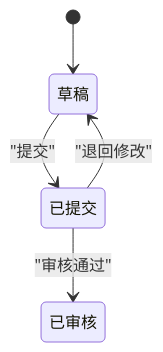
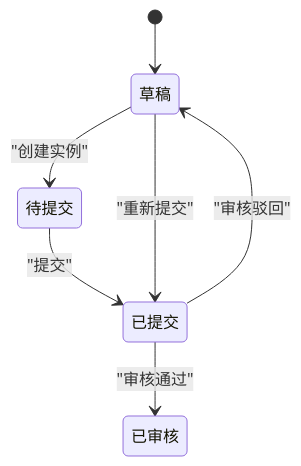
The fifth of 8 diagrams in .qoder/repowiki/zh/content/核心业务逻辑/表单提交流程设计.md (NJMrLi/genetics), drawn with Mermaid before and after one commit. The commit also changed other lines of this file and 19 other files, not shown here.

````diff
--- a/.qoder/repowiki/zh/content/核心业务逻辑/表单提交流程设计.md
+++ b/.qoder/repowiki/zh/content/核心业务逻辑/表单提交流程设计.md
@@ -206,7 +285,9 @@
 ```mermaid
 stateDiagram-v2
 [*] --> 草稿
-草稿 --> 已提交 : "提交"
+草稿 --> 待提交 : "创建实例"
+待提交 --> 已提交 : "提交"
 已提交 --> 已审核 : "审核通过"
-已提交 --> 草稿 : "退回修改"
+已提交 --> 草稿 : "审核驳回"
+草稿 --> 已提交 : "重新提交"
 ```
````
